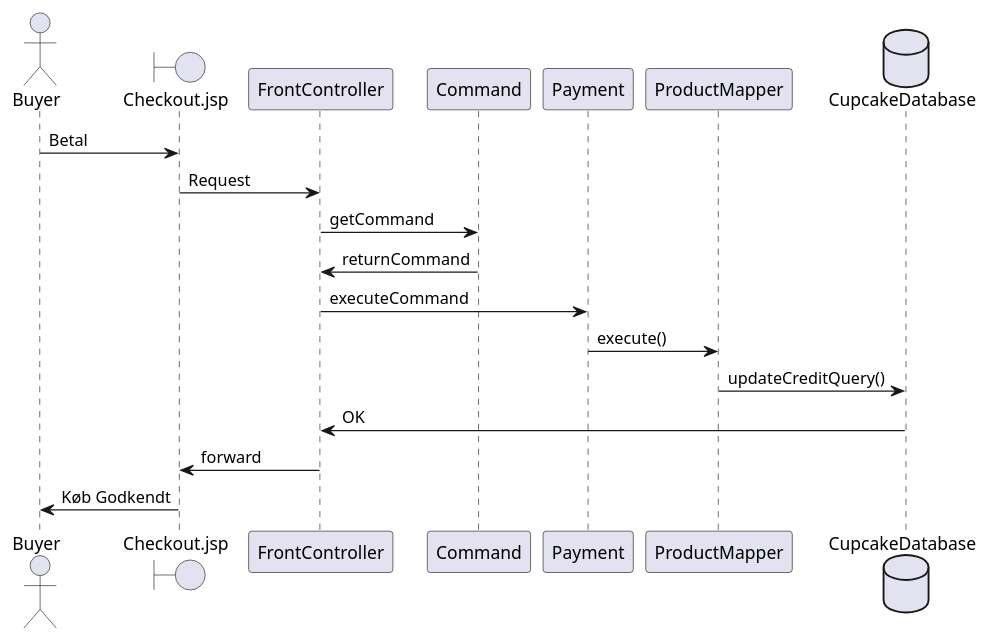
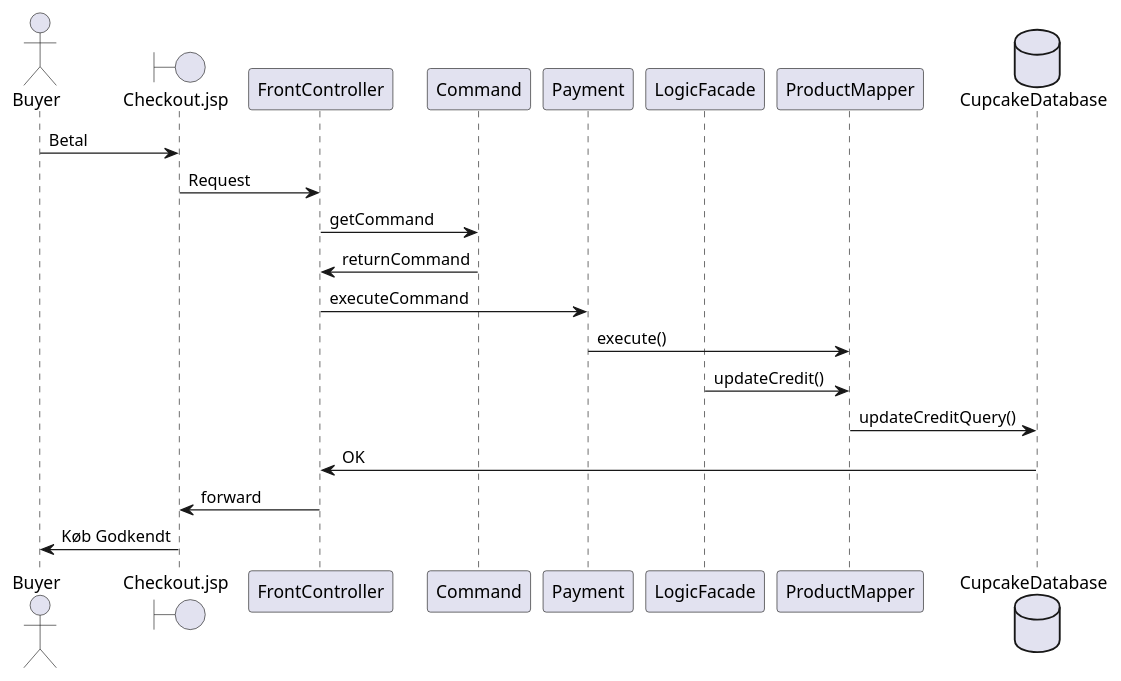
One commit to josefmarcc/CupcakeProject changed the diagram in PlantUML/Sequence.puml. Above: the diagram before and after it, drawn with PlantUML. The commit also changed 3 other files, not shown here.

```diff
--- a/PlantUML/Sequence.puml
+++ b/PlantUML/Sequence.puml
@@ -1,21 +1,23 @@
 @startuml
 actor Buyer
 boundary Checkout.jsp
 participant FrontController
 participant Command
 participant Payment
+participant LogicFacade
 participant ProductMapper
 database CupcakeDatabase
 
 
 Buyer -> Checkout.jsp : Betal
 Checkout.jsp -> FrontController: Request
 FrontController -> Command: getCommand
 Command -> FrontController: returnCommand
 FrontController -> Payment: executeCommand
 Payment ->  ProductMapper: execute()
+LogicFacade -> ProductMapper: updateCredit()
 ProductMapper -> CupcakeDatabase: updateCreditQuery()
 CupcakeDatabase -> FrontController: OK
 FrontController -> Checkout.jsp: forward
 Checkout.jsp -> Buyer: Køb Godkendt
 @enduml
```
